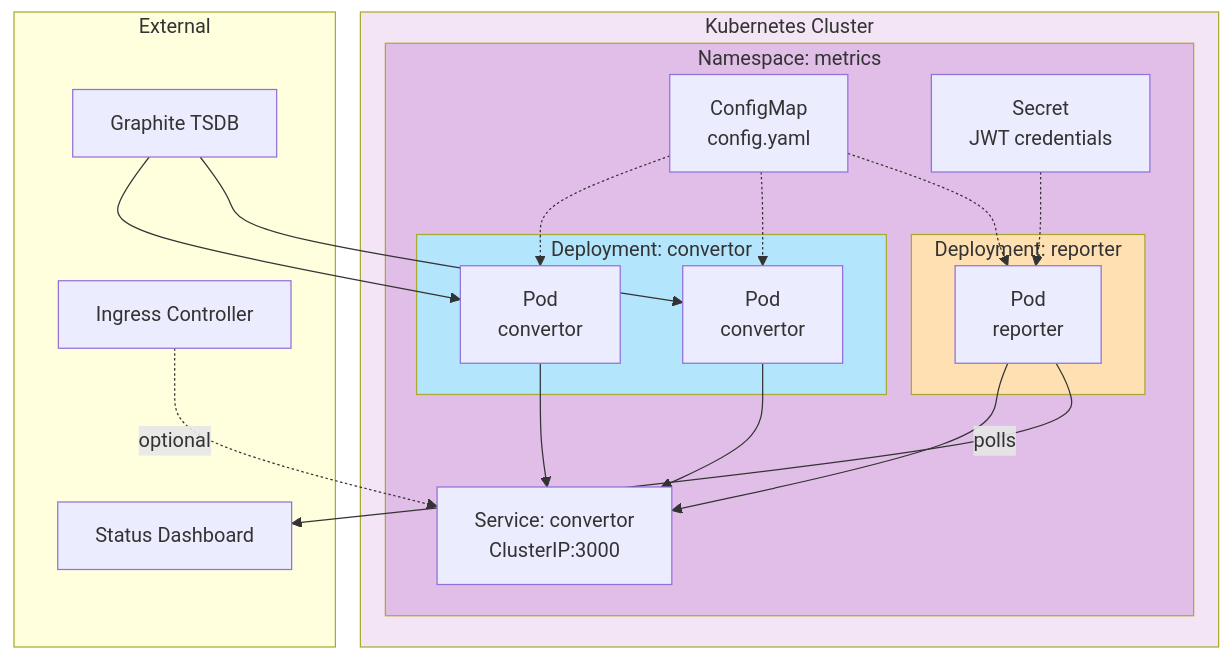
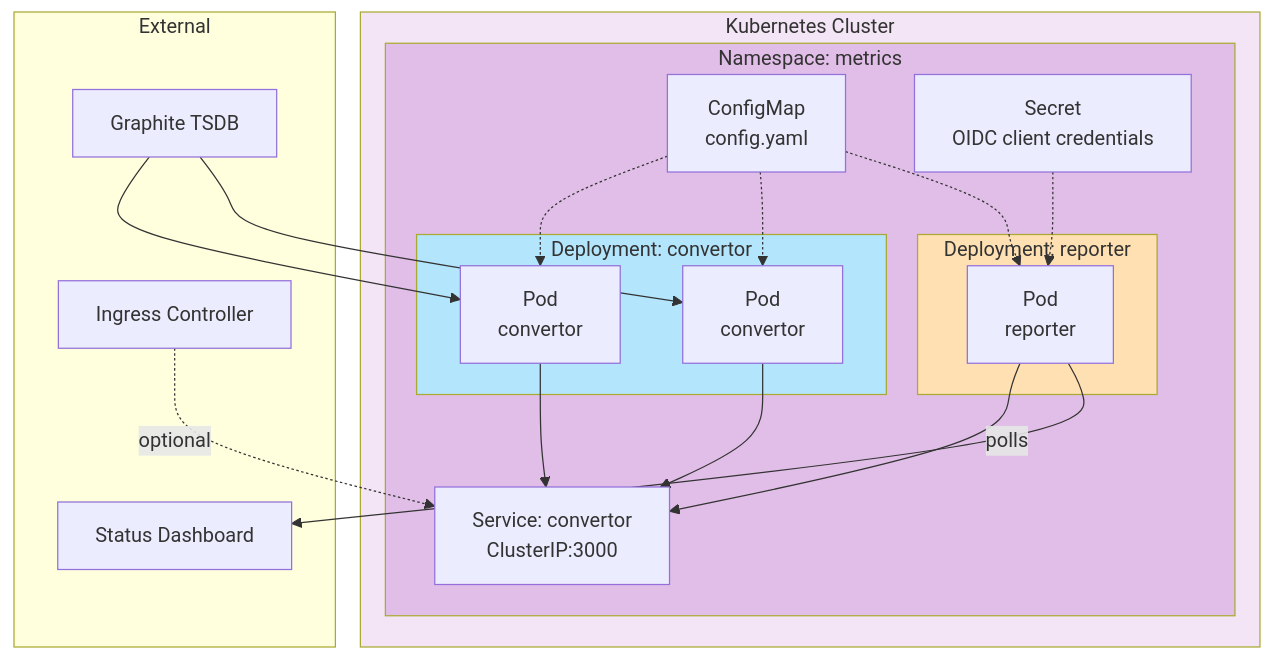
Before and after one commit to stackmon/metrics-processor: the sixth of 12 diagrams in doc/architecture/diagrams.md, drawn with Mermaid. The commit also changed other lines of this file and 55 other files, not shown here.

````diff
--- a/doc/architecture/diagrams.md
+++ b/doc/architecture/diagrams.md
@@ -243,46 +241,46 @@
 ```mermaid
 graph TB
     subgraph K8s["Kubernetes Cluster"]
         subgraph NSMetrics["Namespace: metrics"]
             subgraph DeployConv["Deployment: convertor"]
                 Pod1["Pod<br/>convertor"]
                 Pod2["Pod<br/>convertor"]
             end
             
             SvcConv["Service: convertor<br/>ClusterIP:3000"]
             
             subgraph DeployRep["Deployment: reporter"]
                 Pod3["Pod<br/>reporter"]
             end
             
             CM["ConfigMap<br/>config.yaml"]
-            Secret["Secret<br/>JWT credentials"]
+            Secret["Secret<br/>OIDC client credentials"]
         end
     end
     
     subgraph External["External"]
         Graphite["Graphite TSDB"]
         StatusDB["Status Dashboard"]
         Ingress["Ingress Controller"]
     end
     
     Pod1 --> SvcConv
     Pod2 --> SvcConv
     Pod3 -->|"polls"| SvcConv
     
     Graphite --> Pod1
     Graphite --> Pod2
     Pod3 --> StatusDB
     
     CM -.-> Pod1
     CM -.-> Pod2
     CM -.-> Pod3
     Secret -.-> Pod3
     
     Ingress -.->|"optional"| SvcConv
     
     style K8s fill:#f3e5f5
     style NSMetrics fill:#e1bee7
     style DeployConv fill:#b3e5fc
     style DeployRep fill:#ffe0b2
 ```
````
